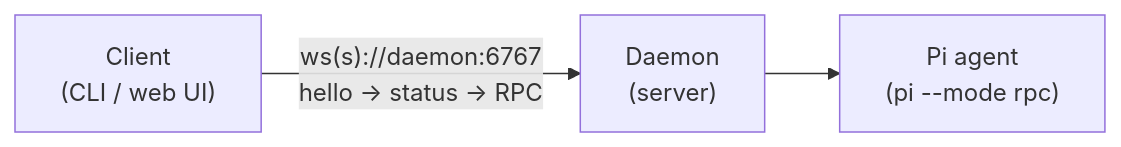
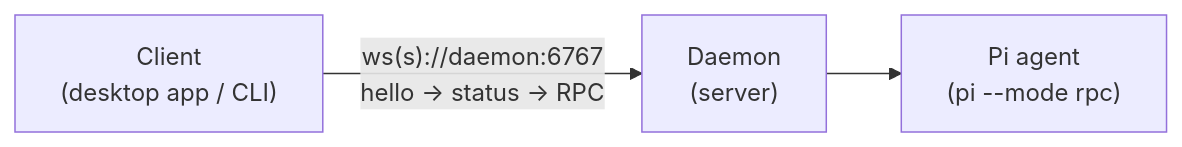
One commit to avatsaev/pi-studio changed the diagram in fern/pages/welcome.mdx. Above: the diagram before and after it, drawn with Mermaid. The commit also changed other lines of this file and 3 other files, not shown here.

````diff
--- a/fern/pages/welcome.mdx
+++ b/fern/pages/welcome.mdx
@@ -43,5 +46,5 @@
 ```mermaid
 graph LR
-  C["Client<br/>(CLI / web UI)"] -- "ws(s)://daemon:6767<br/>hello → status → RPC" --> D["Daemon<br/>(server)"]
+  C["Client<br/>(desktop app / CLI)"] -- "ws(s)://daemon:6767<br/>hello → status → RPC" --> D["Daemon<br/>(server)"]
   D --> A["Pi agent<br/>(pi --mode rpc)"]
 ```
````
